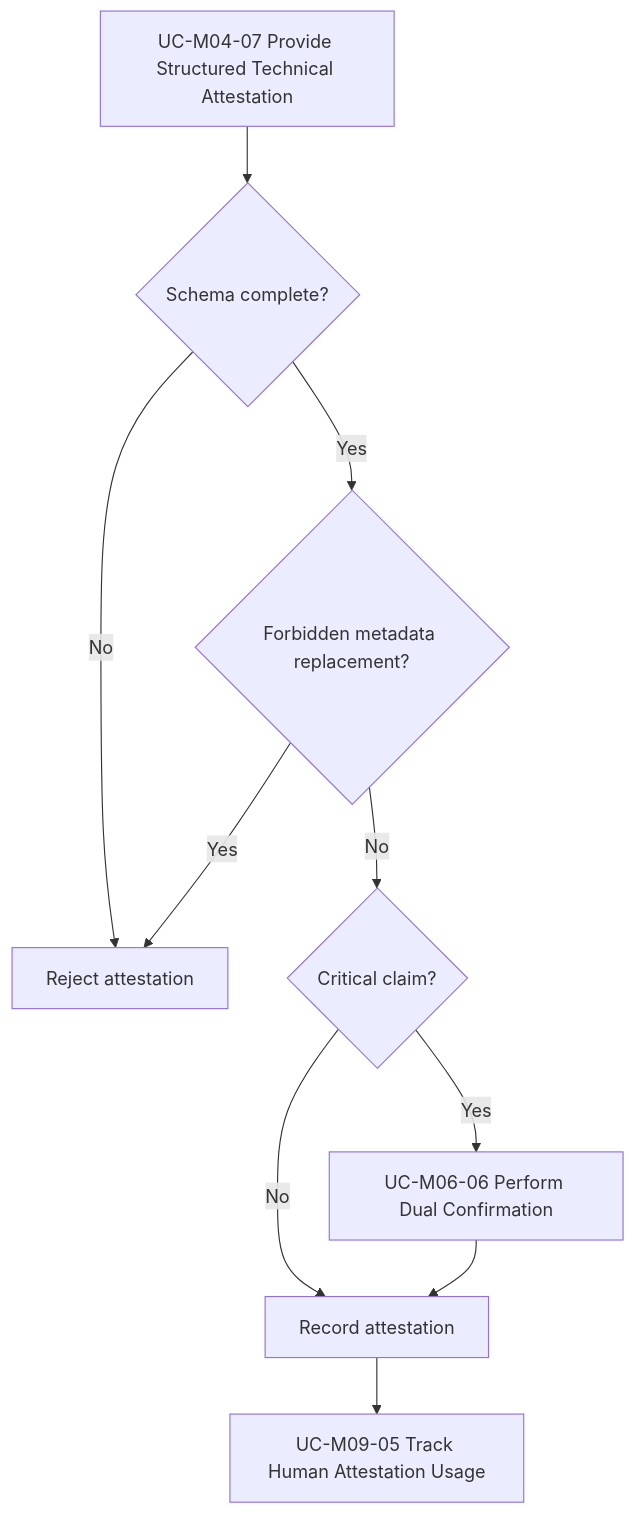
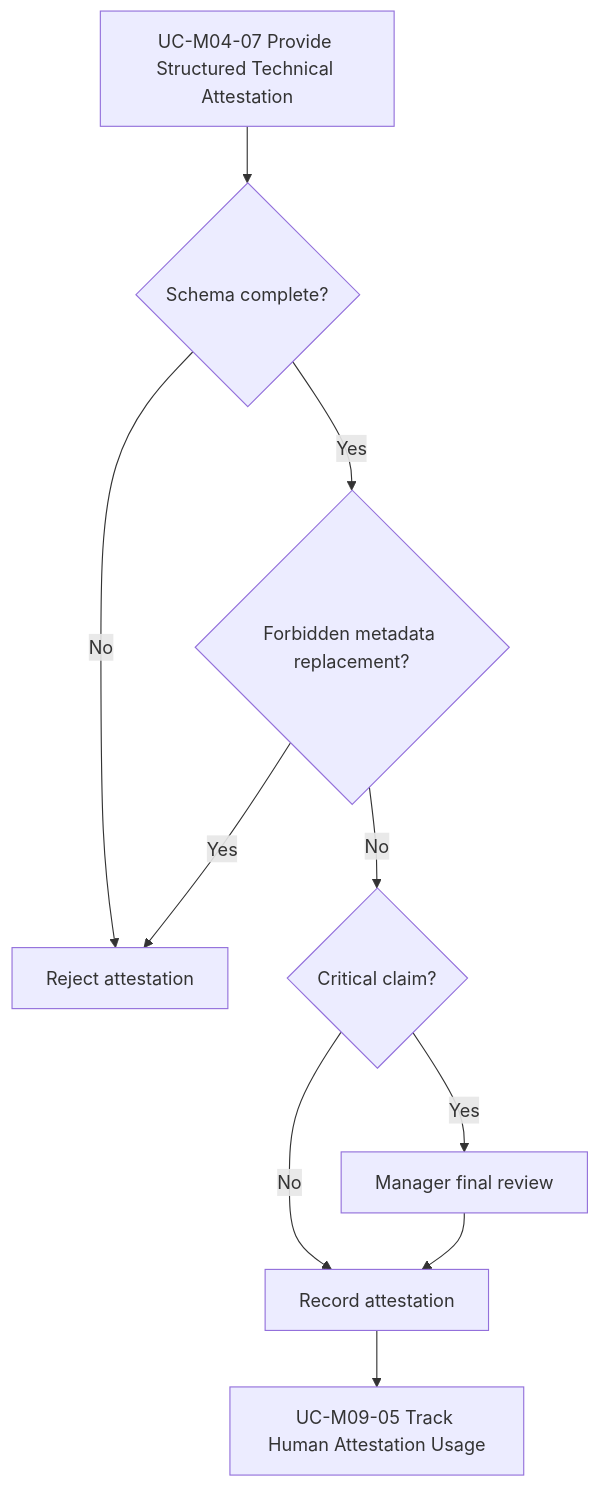
One commit to khovan123/LCSP changed diagram 13 of 14 in docs/design/flowcharts.md. Above: the diagram before and after it, drawn with Mermaid. The commit also changed other lines of this file and 122 other files, not shown here.

````diff
--- a/docs/design/flowcharts.md
+++ b/docs/design/flowcharts.md
@@ -164,12 +241,12 @@
 ```mermaid
 flowchart TD
   A[UC-M04-07 Provide Structured Technical Attestation] --> B{Schema complete?}
   B -->|No| C[Reject attestation]
   B -->|Yes| D{Forbidden metadata replacement?}
   D -->|Yes| C
   D -->|No| E{Critical claim?}
   E -->|No| F[Record attestation]
-  E -->|Yes| G[UC-M06-06 Perform Dual Confirmation]
+  E -->|Yes| G[Manager final review]
   G --> F
   F --> H[UC-M09-05 Track Human Attestation Usage]
 ```
````
